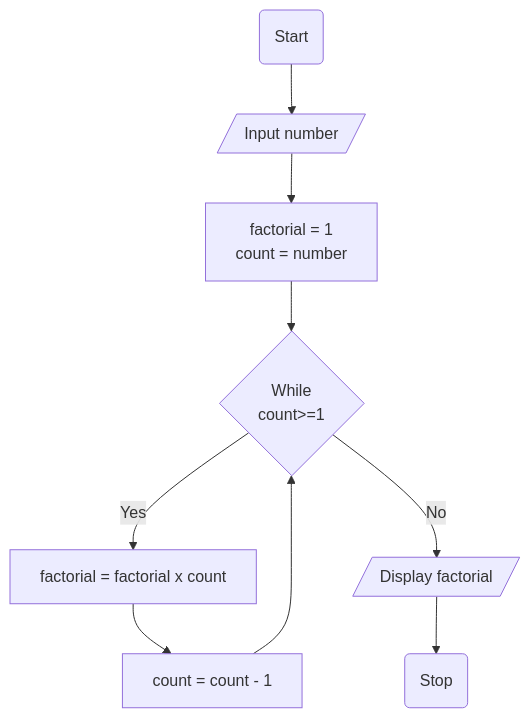
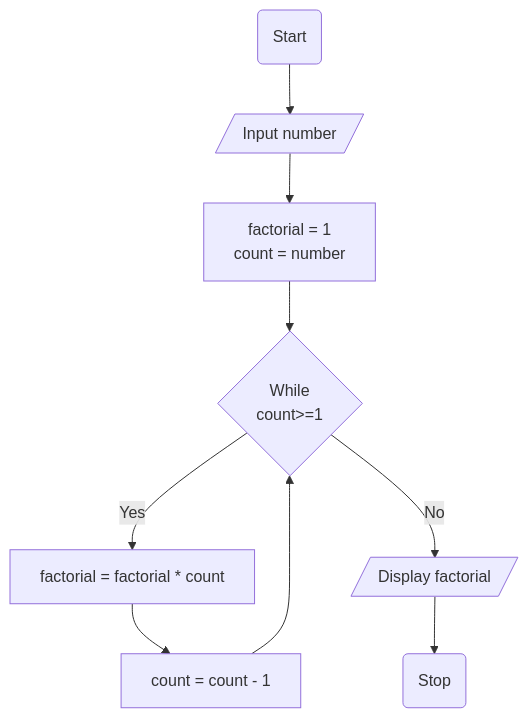
One commit to jayani-athukorala/algorithm-flowchart-workshop changed the ninth of 10 diagrams in README.md. Above: the diagram before and after it, drawn with Mermaid. The commit also changed other lines of this file, not shown here.

Commit message:
Add mermaid flowchart for Q10

````diff
--- a/README.md
+++ b/README.md
@@ -316,11 +316,11 @@
 ```mermaid
 flowchart TD
     A(Start) --> B[/Input number/]
     B --> C[factorial = 1<br>count = number]
     C --> D{While<br>count>=1}
-    D -- Yes --> E[factorial = factorial x count]
+    D -- Yes --> E[factorial = factorial * count]
     E --> F[count = count - 1]
     F --> D
     D -- No --> G[/Display factorial/]
     G --> H(Stop)
 ```
````
